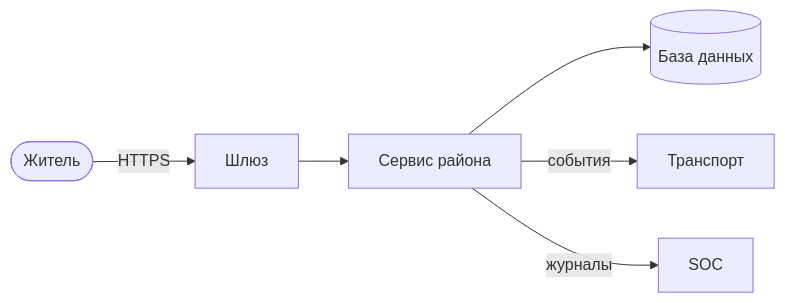
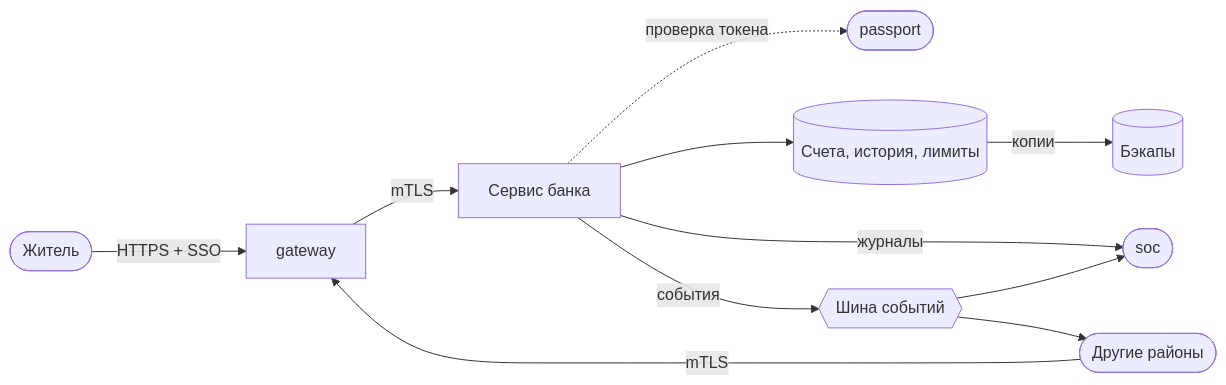
One commit to FaereaF/d4-bank changed the diagram in docs/threat-model.md. Above: the diagram before and after it, drawn with Mermaid. The commit also changed other lines of this file and 9 other files, not shown here.

````diff
--- a/docs/threat-model.md
+++ b/docs/threat-model.md
@@ -32,8 +54,13 @@
 ```mermaid
 flowchart LR
-  user([Житель]) -->|HTTPS| gw[Шлюз]
-  gw --> app[Сервис района]
-  app --> db[(База данных)]
-  app -->|события| bus[Транспорт]
-  app -->|журналы| soc[SOC]
+  user([Житель]) -->|HTTPS + SSO| gw[gateway]
+  other([Другие районы]) -->|mTLS| gw
+  gw -->|mTLS| app[Сервис банка]
+  app -.->|проверка токена| pass([passport])
+  app --> db[(Счета, история, лимиты)]
+  app -->|события| bus{{Шина событий}}
+  app -->|журналы| soc([soc])
+  bus --> soc
+  bus --> other
+  db -->|копии| backup[(Бэкапы)]
 ```
````
